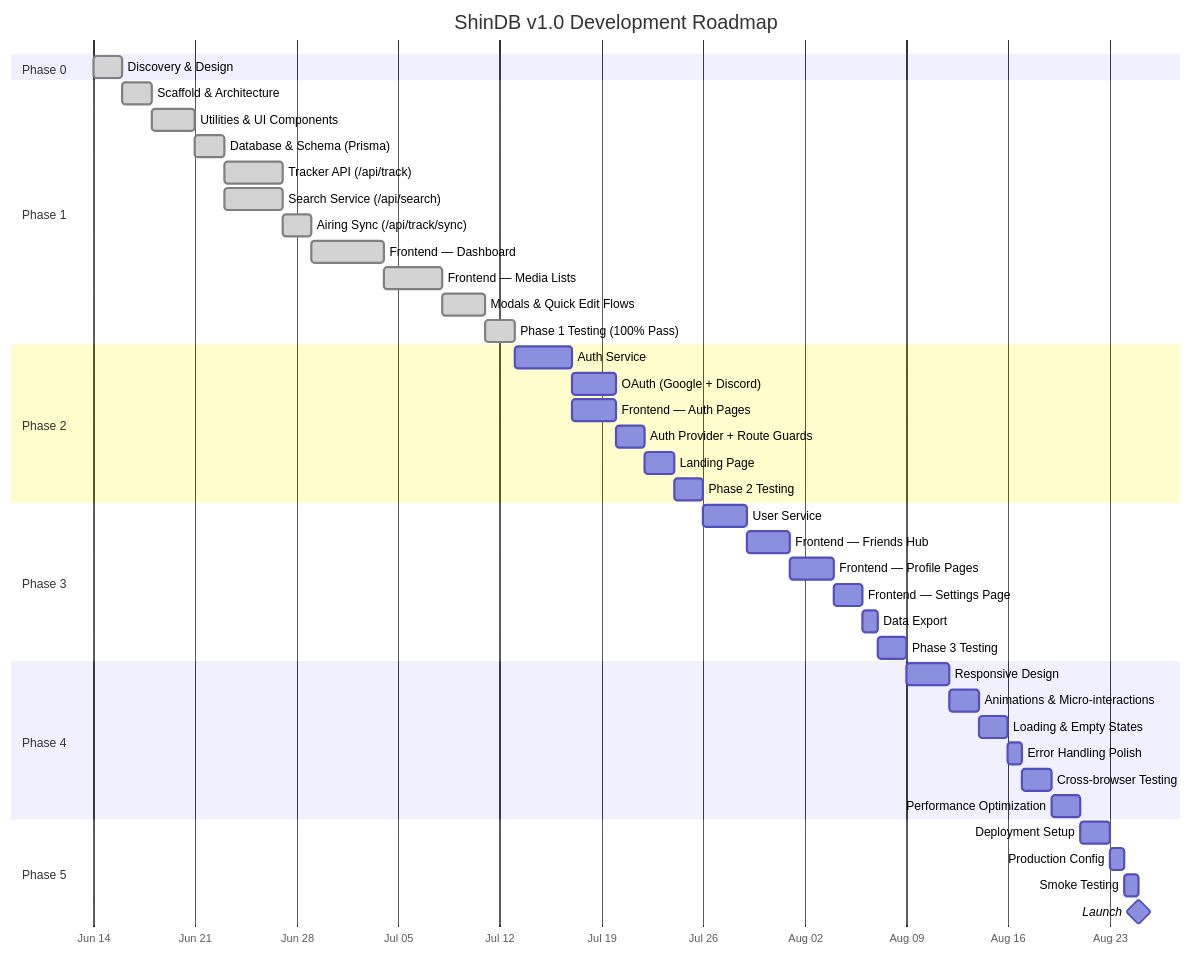
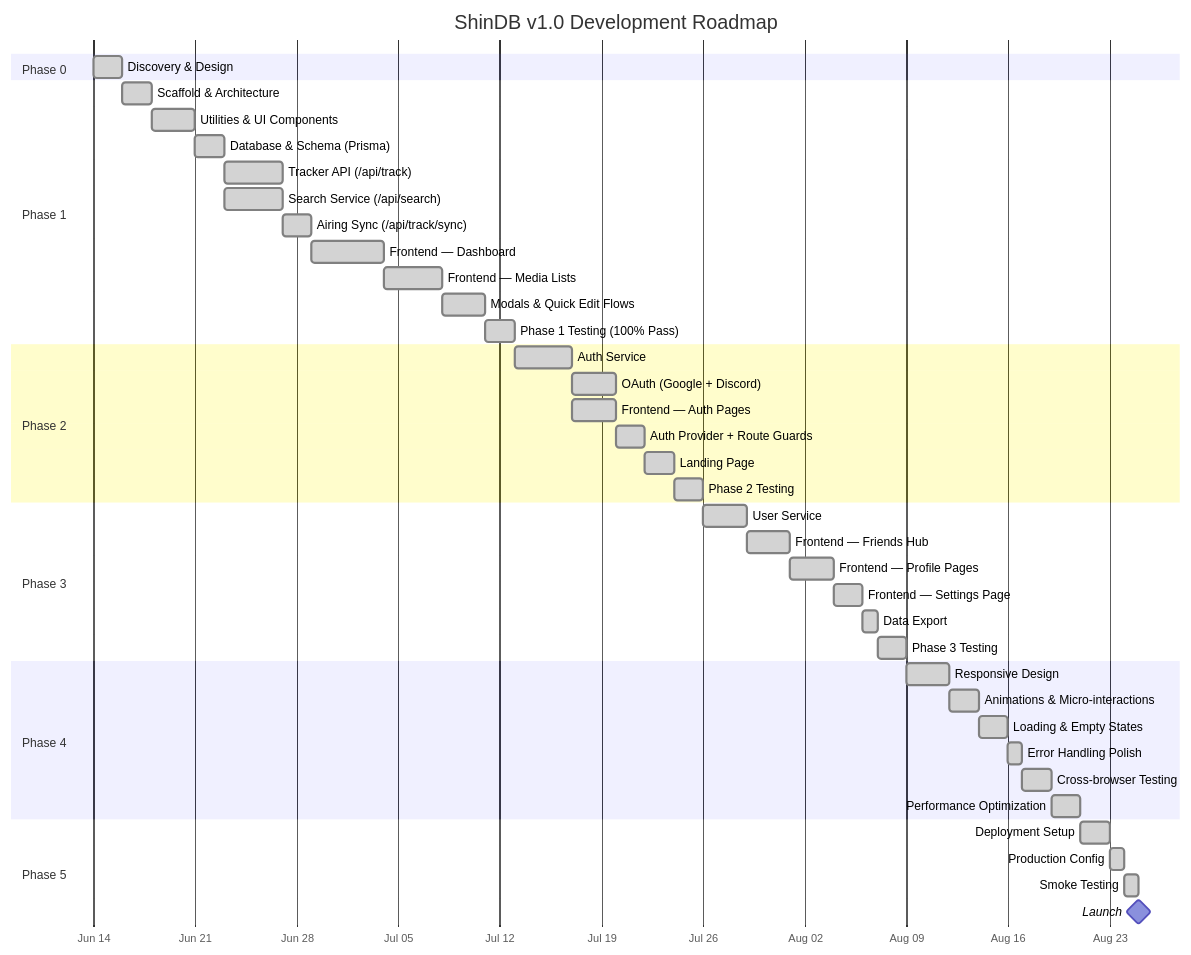
Before and after one commit to Kazi-Tanvir/Working: the first of 2 diagrams in ShinDB/docs/ImplementationPlan.md, drawn with Mermaid. The commit also changed other lines of this file and 7 other files, not shown here.

````diff
--- a/ShinDB/docs/ImplementationPlan.md
+++ b/ShinDB/docs/ImplementationPlan.md
@@ -32,51 +32,51 @@
 ```mermaid
 gantt
     title ShinDB v1.0 Development Roadmap
     dateFormat  YYYY-MM-DD
     axisFormat  %b %d
 
     section Phase 0
     Discovery & Design           :done, p0, 2026-06-14, 2d
 
     section Phase 1
     Scaffold & Architecture      :done, p1a, after p0, 2d
     Utilities & UI Components    :done, p1b, after p1a, 3d
     Database & Schema (Prisma)   :done, p1c, after p1b, 2d
     Tracker API (/api/track)     :done, p1d, after p1c, 4d
     Search Service (/api/search) :done, p1e, after p1c, 4d
     Airing Sync (/api/track/sync):done, p1f, after p1d, 2d
     Frontend — Dashboard         :done, p1g, after p1f, 5d
     Frontend — Media Lists       :done, p1h, after p1g, 4d
     Modals & Quick Edit Flows    :done, p1i, after p1h, 3d
     Phase 1 Testing (100% Pass)  :done, p1t, after p1i, 2d
 
     section Phase 2
-    Auth Service                 :p2a, after p1t, 4d
-    OAuth (Google + Discord)     :p2b, after p2a, 3d
-    Frontend — Auth Pages        :p2c, after p2a, 3d
-    Auth Provider + Route Guards :p2d, after p2c, 2d
-    Landing Page                 :p2e, after p2d, 2d
-    Phase 2 Testing              :p2t, after p2e, 2d
+    Auth Service                 :done, p2a, after p1t, 4d
+    OAuth (Google + Discord)     :done, p2b, after p2a, 3d
+    Frontend — Auth Pages        :done, p2c, after p2a, 3d
+    Auth Provider + Route Guards :done, p2d, after p2c, 2d
+    Landing Page                 :done, p2e, after p2d, 2d
+    Phase 2 Testing              :done, p2t, after p2e, 2d
 
     section Phase 3
-    User Service                 :p3a, after p2t, 3d
-    Frontend — Friends Hub       :p3b, after p3a, 3d
-    Frontend — Profile Pages     :p3c, after p3b, 3d
-    Frontend — Settings Page     :p3d, after p3c, 2d
-    Data Export                  :p3e, after p3d, 1d
-    Phase 3 Testing              :p3t, after p3e, 2d
+    User Service                 :done, p3a, after p2t, 3d
+    Frontend — Friends Hub       :done, p3b, after p3a, 3d
+    Frontend — Profile Pages     :done, p3c, after p3b, 3d
+    Frontend — Settings Page     :done, p3d, after p3c, 2d
+    Data Export                  :done, p3e, after p3d, 1d
+    Phase 3 Testing              :done, p3t, after p3e, 2d
 
     section Phase 4
-    Responsive Design            :p4a, after p3t, 3d
-    Animations & Micro-interactions :p4b, after p4a, 2d
-    Loading & Empty States       :p4c, after p4b, 2d
-    Error Handling Polish        :p4d, after p4c, 1d
-    Cross-browser Testing        :p4e, after p4d, 2d
-    Performance Optimization     :p4f, after p4e, 2d
+    Responsive Design            :done, p4a, after p3t, 3d
+    Animations & Micro-interactions :done, p4b, after p4a, 2d
+    Loading & Empty States       :done, p4c, after p4b, 2d
+    Error Handling Polish        :done, p4d, after p4c, 1d
+    Cross-browser Testing        :done, p4e, after p4d, 2d
+    Performance Optimization     :done, p4f, after p4e, 2d
 
     section Phase 5
-    Deployment Setup             :p5a, after p4f, 2d
-    Production Config            :p5b, after p5a, 1d
-    Smoke Testing                :p5c, after p5b, 1d
+    Deployment Setup             :done, p5a, after p4f, 2d
+    Production Config            :done, p5b, after p5a, 1d
+    Smoke Testing                :done, p5c, after p5b, 1d
     Launch                       :milestone, after p5c, 0d
 ```
````
